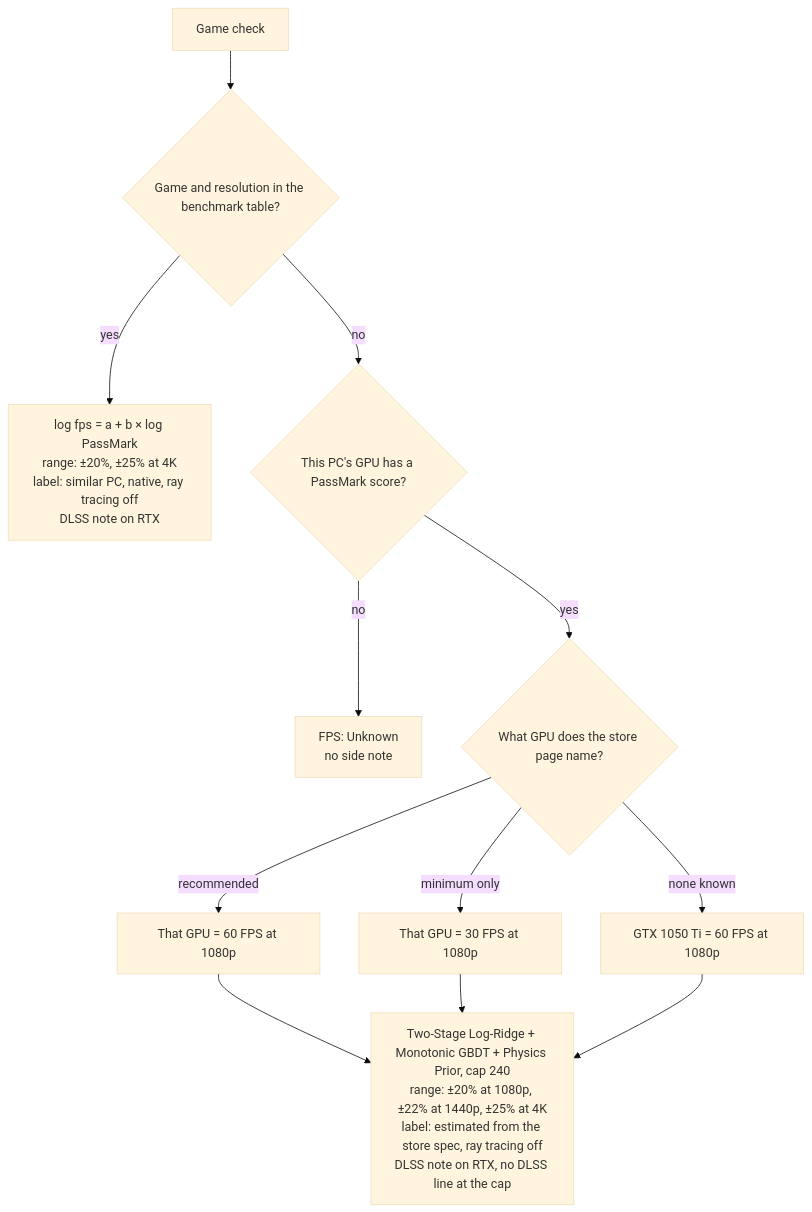
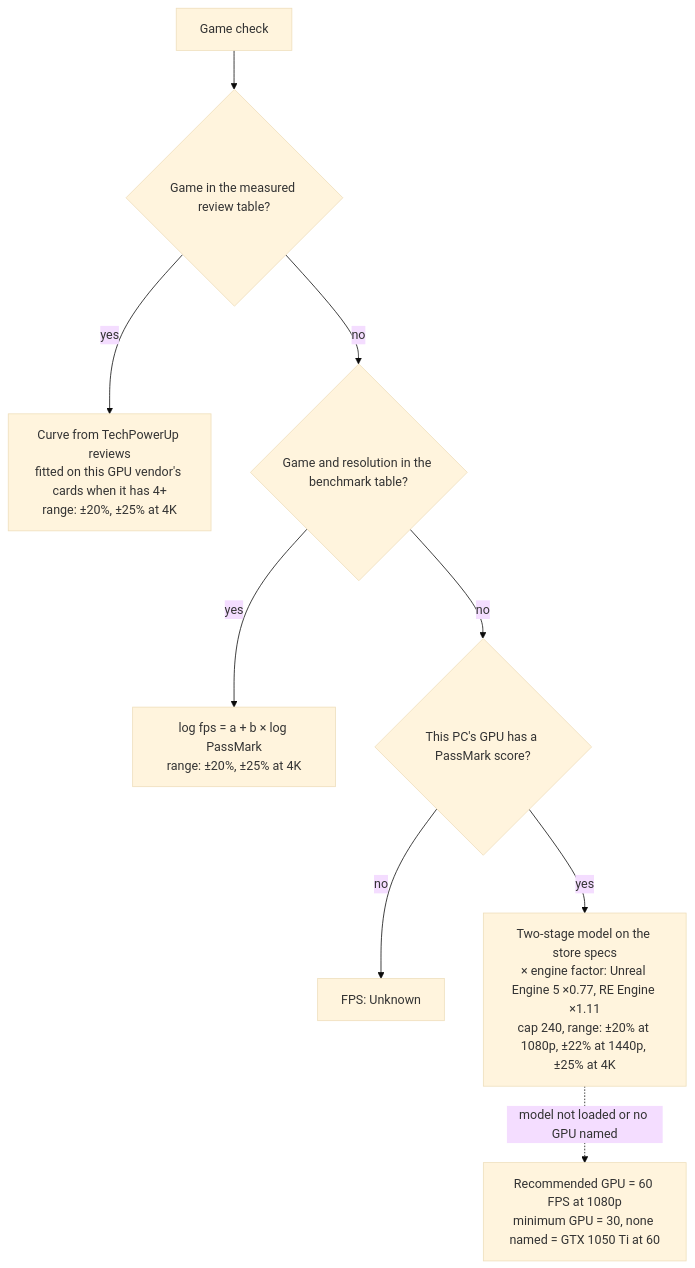
The diagram in README.md (leksval/canrun), drawn with Mermaid (base theme) before and after one commit. The commit also changed other lines of this file and 23 other files, not shown here.

Commit message:
Update version to 12.3.0 and enhance game compatibility analysis features. Introduced support for NVIDIA RTX features, improved performance tier handling, and refined response formatting for better clarity. Updated README to reflect new features and adjustments in frame rate estimation methodology.

````diff
--- a/README.md
+++ b/README.md
@@ -726,15 +746,11 @@
 ```mermaid
 flowchart TD
-    start["Game check"] --> curve{"Game and resolution in the benchmark table?"}
-    curve -->|yes| similar["log fps = a + b × log PassMark<br/>range: ±20%, ±25% at 4K<br/>label: similar PC, native, ray tracing off<br/>DLSS note on RTX"]
+    start["Game check"] --> measured{"Game in the measured review table?"}
+    measured -->|yes| m["Curve from TechPowerUp reviews<br/>fitted on this GPU vendor's cards when it has 4+<br/>range: ±20%, ±25% at 4K"]
+    measured -->|no| curve{"Game and resolution in the benchmark table?"}
+    curve -->|yes| c["log fps = a + b × log PassMark<br/>range: ±20%, ±25% at 4K"]
     curve -->|no| known{"This PC's GPU has a PassMark score?"}
-    known -->|no| unknown["FPS: Unknown<br/>no side note"]
-    known -->|yes| req{"What GPU does the store page name?"}
-    req -->|recommended| rec["That GPU = 60 FPS at 1080p"]
-    req -->|minimum only| mini["That GPU = 30 FPS at 1080p"]
-    req -->|none known| modest["GTX 1050 Ti = 60 FPS at 1080p"]
-    rec --> reqScale
-    mini --> reqScale
-    modest --> reqScale
-    reqScale["Two-Stage Log-Ridge + Monotonic GBDT + Physics Prior, cap 240<br/>range: ±20% at 1080p, ±22% at 1440p, ±25% at 4K<br/>label: estimated from the store spec, ray tracing off<br/>DLSS note on RTX, no DLSS line at the cap"]
+    known -->|no| unknown["FPS: Unknown"]
+    known -->|yes| model["Two-stage model on the store specs<br/>× engine factor: Unreal Engine 5 ×0.77, RE Engine ×1.11<br/>cap 240, range: ±20% at 1080p, ±22% at 1440p, ±25% at 4K"]
+    model -.->|model not loaded or no GPU named| rule["Recommended GPU = 60 FPS at 1080p<br/>minimum GPU = 30, none named = GTX 1050 Ti at 60"]
 ```
````
